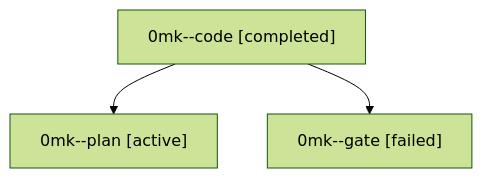
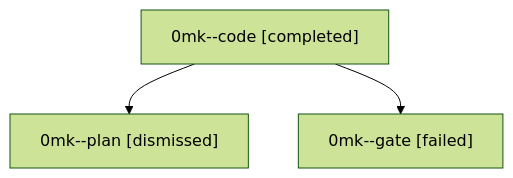
The diagram in sessions/bbugyi200.athena.0mk.md (sase-org/sase--agents), drawn with Mermaid (forest theme) before and after one commit. The commit also changed other lines of this file and 30 other files, not shown here.

````diff
--- a/sessions/bbugyi200.athena.0mk.md
+++ b/sessions/bbugyi200.athena.0mk.md
@@ -9,8 +9,8 @@
 ```mermaid
 flowchart TD
   n0["0mk--code [completed]"]
-  n1["0mk--plan [active]"]
+  n1["0mk--plan [dismissed]"]
   n0 --> n1
   n2["0mk--gate [failed]"]
   n0 --> n2
 ```
````
